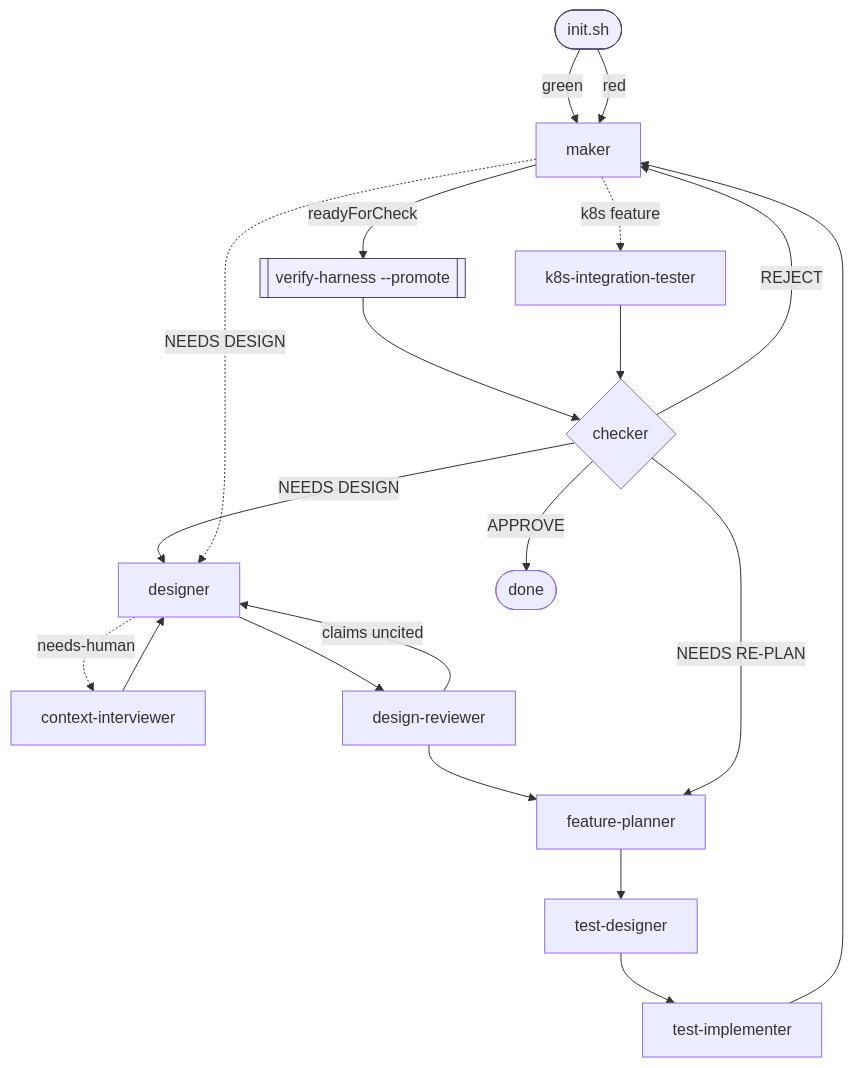
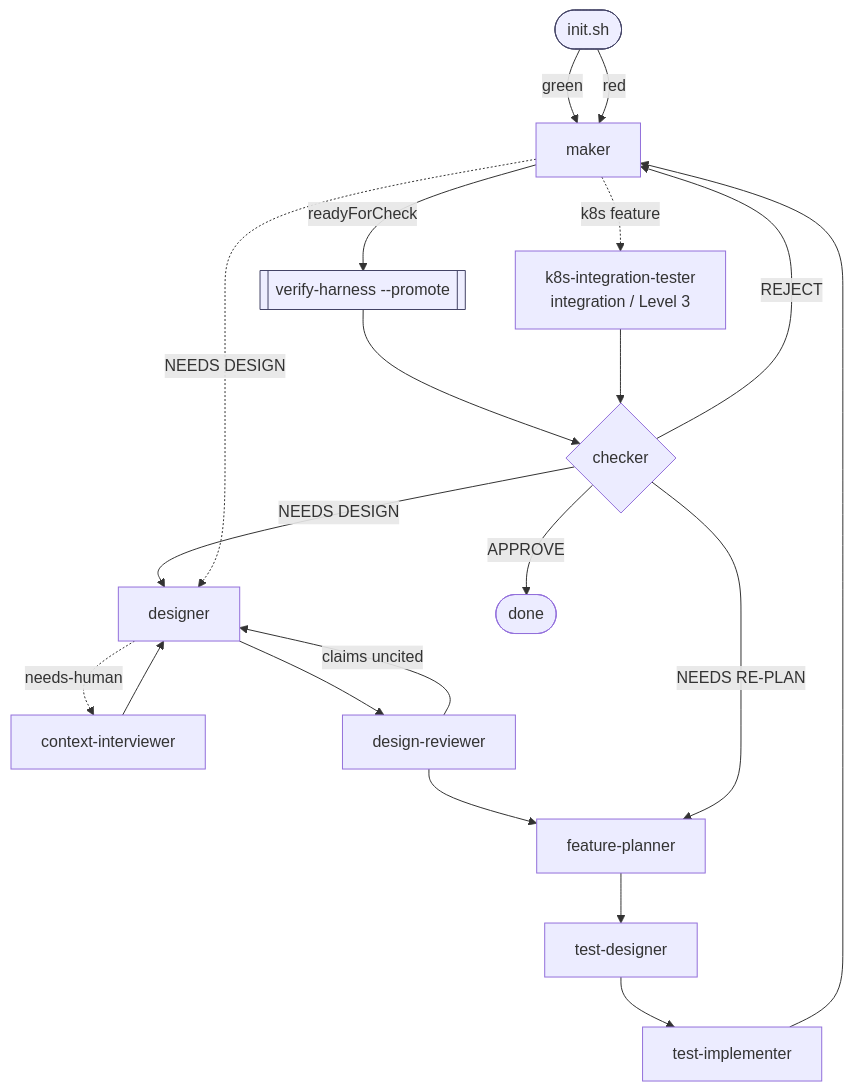
One commit to truonghedspi/harness changed the diagram in harness-loop/references/graph.md. Above: the diagram before and after it, drawn with Mermaid. The commit also changed other lines of this file and 7 other files, not shown here.

First line of the commit message:
k8s-integration-tester is a test node, not an implementation node

````diff
--- a/harness-loop/references/graph.md
+++ b/harness-loop/references/graph.md
@@ -68,24 +68,24 @@
 ```mermaid
 flowchart TD
   I([init.sh]) -->|green| M[maker]
   I -->|red| M
   CI[context-interviewer] --> D[designer]
   D --> DR[design-reviewer]
   DR -->|claims uncited| D
   DR --> FP[feature-planner]
   FP --> TD[test-designer]
   TD --> TI[test-implementer]
   TI --> M
   M -->|readyForCheck| P[["verify-harness --promote"]]
   P --> C{checker}
   C -->|APPROVE| DONE([done])
   C -->|REJECT| M
   C -->|NEEDS DESIGN| D
   C -->|NEEDS RE-PLAN| FP
   M -.->|NEEDS DESIGN| D
-  M -.->|k8s feature| K[k8s-integration-tester]
+  M -.->|k8s feature| K["k8s-integration-tester<br/>integration / Level 3"]
   K --> C
   D -.->|needs-human| CI
   classDef code fill:#eef,stroke:#446
   class I,P code
 ```
````
